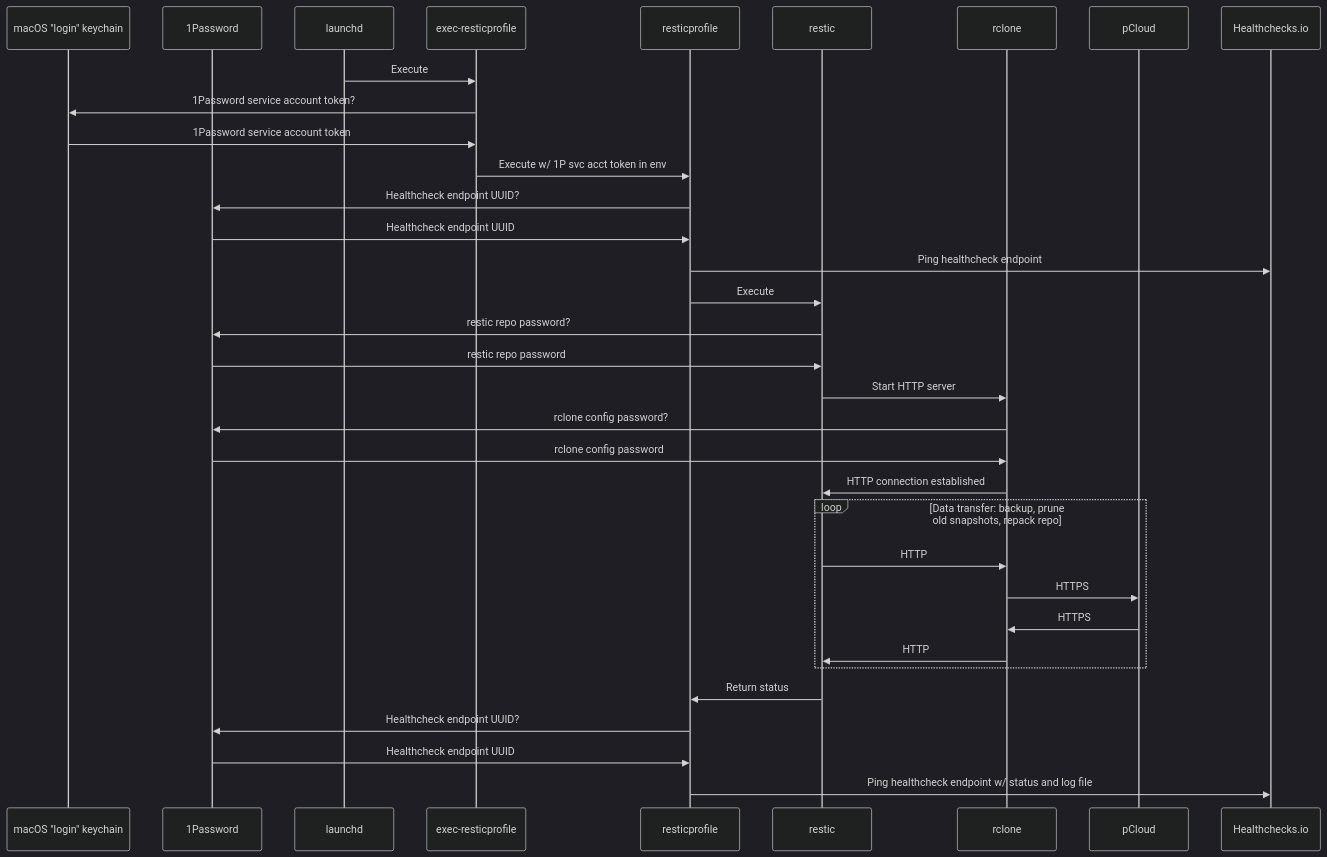
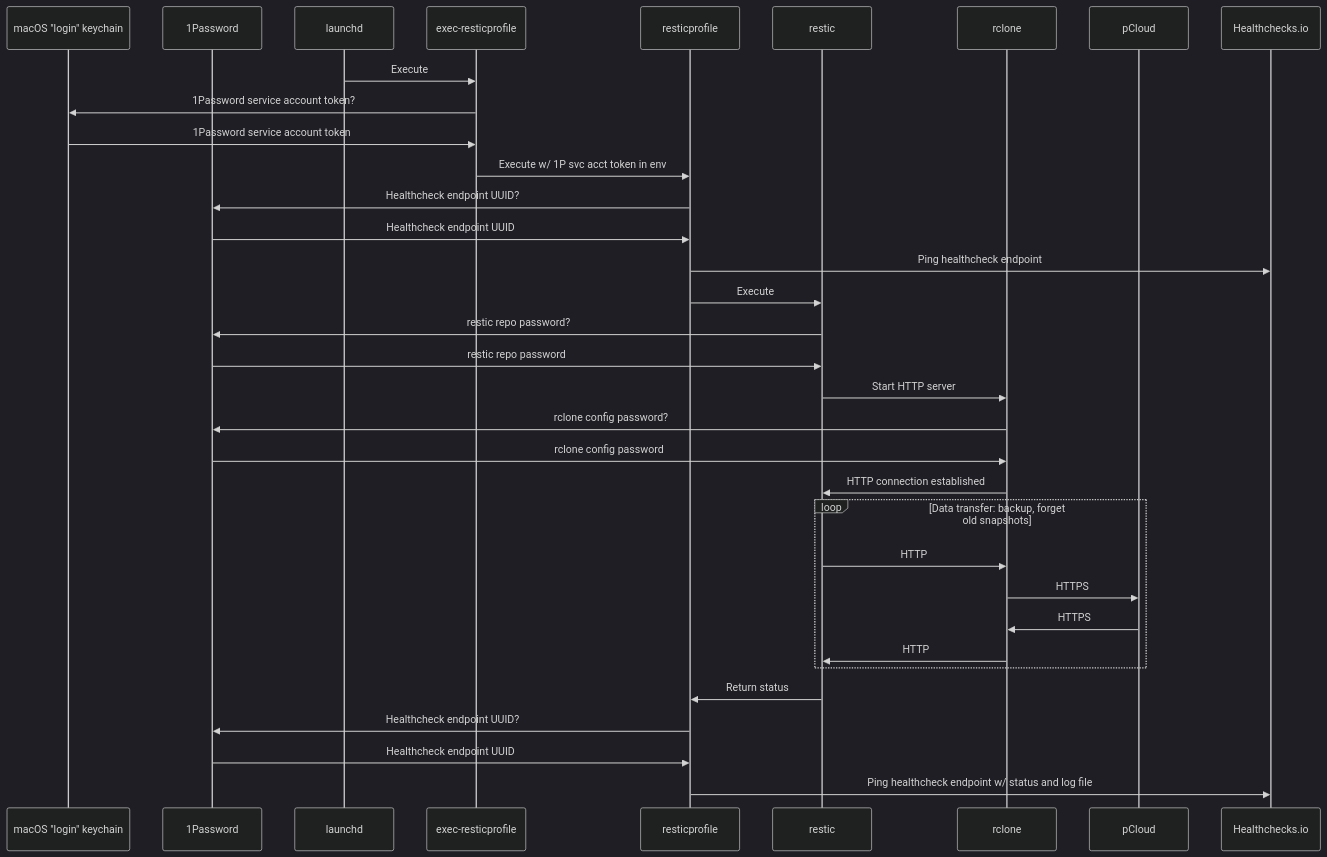
The diagram in README.md (manselmi/backup), drawn with Mermaid (dark theme) before and after one commit.

Commit message:
Update sequence diagram

````diff
--- a/README.md
+++ b/README.md
@@ -24,42 +24,42 @@
 ``` mermaid
 sequenceDiagram
 
   participant KC as macOS "login" keychain
   participant 1P as 1Password
 
   participant LD as launchd
   participant ER as exec-resticprofile
   participant RP as resticprofile
   participant RE as restic
   participant RC as rclone
 
   participant PC as pCloud
   participant HC as Healthchecks.io
 
   LD ->> ER: Execute
   ER ->> KC: 1Password service account token?
   KC ->> ER: 1Password service account token
   ER ->> RP: Execute w/ 1P svc acct token in env
   RP ->> 1P: Healthcheck endpoint UUID?
   1P ->> RP: Healthcheck endpoint UUID
   RP ->> HC: Ping healthcheck endpoint
   RP ->> RE: Execute
   RE ->> 1P: restic repo password?
   1P ->> RE: restic repo password
   RE ->> RC: Start HTTP server
   RC ->> 1P: rclone config password?
   1P ->> RC: rclone config password
   RC ->> RE: HTTP connection established
 
-  loop Data transfer: backup, prune old snapshots, repack repo
+  loop Data transfer: backup, forget old snapshots
     RE ->> RC: HTTP
     RC ->> PC: HTTPS
     PC ->> RC: HTTPS
     RC ->> RE: HTTP
   end
 
   RE ->> RP: Return status
   RP ->> 1P: Healthcheck endpoint UUID?
   1P ->> RP: Healthcheck endpoint UUID
   RP ->> HC: Ping healthcheck endpoint w/ status and log file
 ```
````
